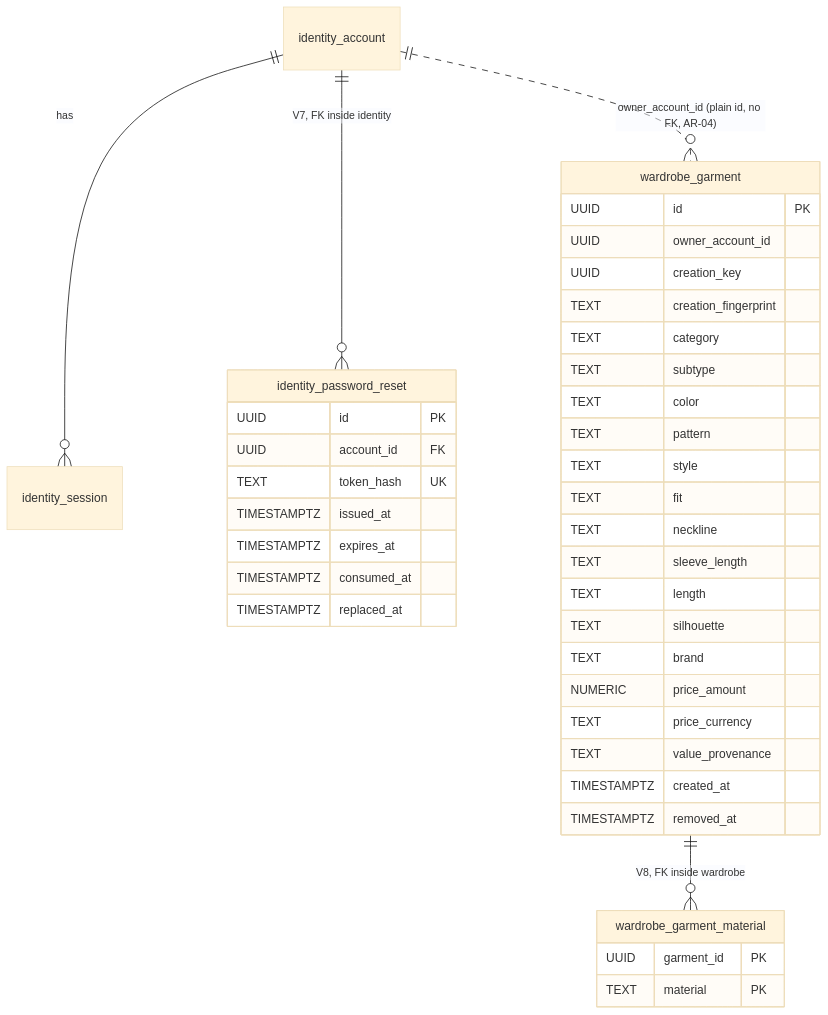
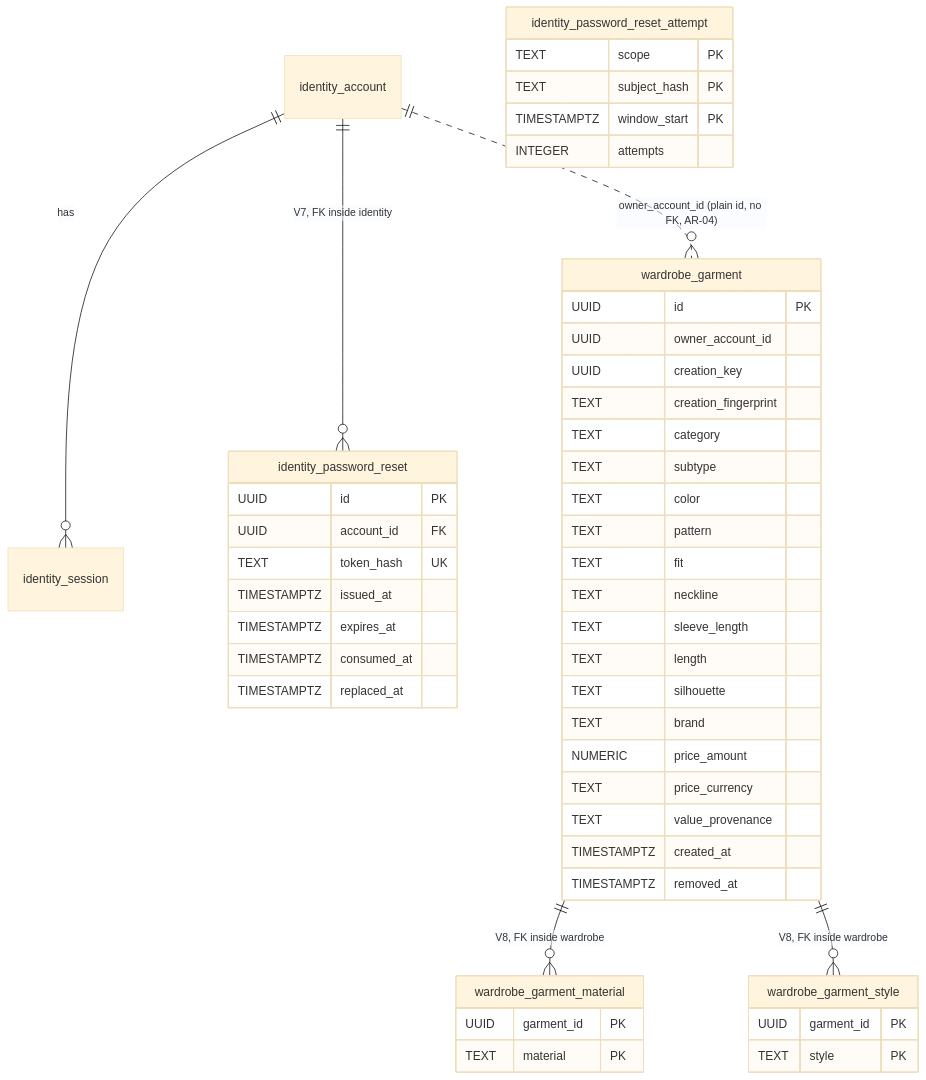
One commit to luubinhdeptrai/CapsuleAI changed the fifth of 6 diagrams in docs/06-scrum/sprints/sprint-02/implementation-guides/shared-architecture.md. Above: the diagram before and after it, drawn with Mermaid (base theme). The commit also changed other lines of this file and 21 other files, not shown here.

````diff
--- a/docs/06-scrum/sprints/sprint-02/implementation-guides/shared-architecture.md
+++ b/docs/06-scrum/sprints/sprint-02/implementation-guides/shared-architecture.md
@@ -338,42 +365,52 @@
 ```mermaid
 erDiagram
     identity_account ||--o{ identity_session : "has"
     identity_account ||--o{ identity_password_reset : "V7, FK inside identity"
     identity_account ||..o{ wardrobe_garment : "owner_account_id (plain id, no FK, AR-04)"
     wardrobe_garment ||--o{ wardrobe_garment_material : "V8, FK inside wardrobe"
+    wardrobe_garment ||--o{ wardrobe_garment_style : "V8, FK inside wardrobe"
     identity_password_reset {
         UUID id PK
         UUID account_id FK
         TEXT token_hash UK
         TIMESTAMPTZ issued_at
         TIMESTAMPTZ expires_at
         TIMESTAMPTZ consumed_at
         TIMESTAMPTZ replaced_at
+    }
+    identity_password_reset_attempt {
+        TEXT scope PK
+        TEXT subject_hash PK
+        TIMESTAMPTZ window_start PK
+        INTEGER attempts
     }
     wardrobe_garment {
         UUID id PK
         UUID owner_account_id
         UUID creation_key
         TEXT creation_fingerprint
         TEXT category
         TEXT subtype
         TEXT color
         TEXT pattern
-        TEXT style
         TEXT fit
         TEXT neckline
         TEXT sleeve_length
         TEXT length
         TEXT silhouette
         TEXT brand
         NUMERIC price_amount
         TEXT price_currency
         TEXT value_provenance
         TIMESTAMPTZ created_at
         TIMESTAMPTZ removed_at
     }
     wardrobe_garment_material {
         UUID garment_id PK
         TEXT material PK
     }
+    wardrobe_garment_style {
+        UUID garment_id PK
+        TEXT style PK
+    }
 ```
````
